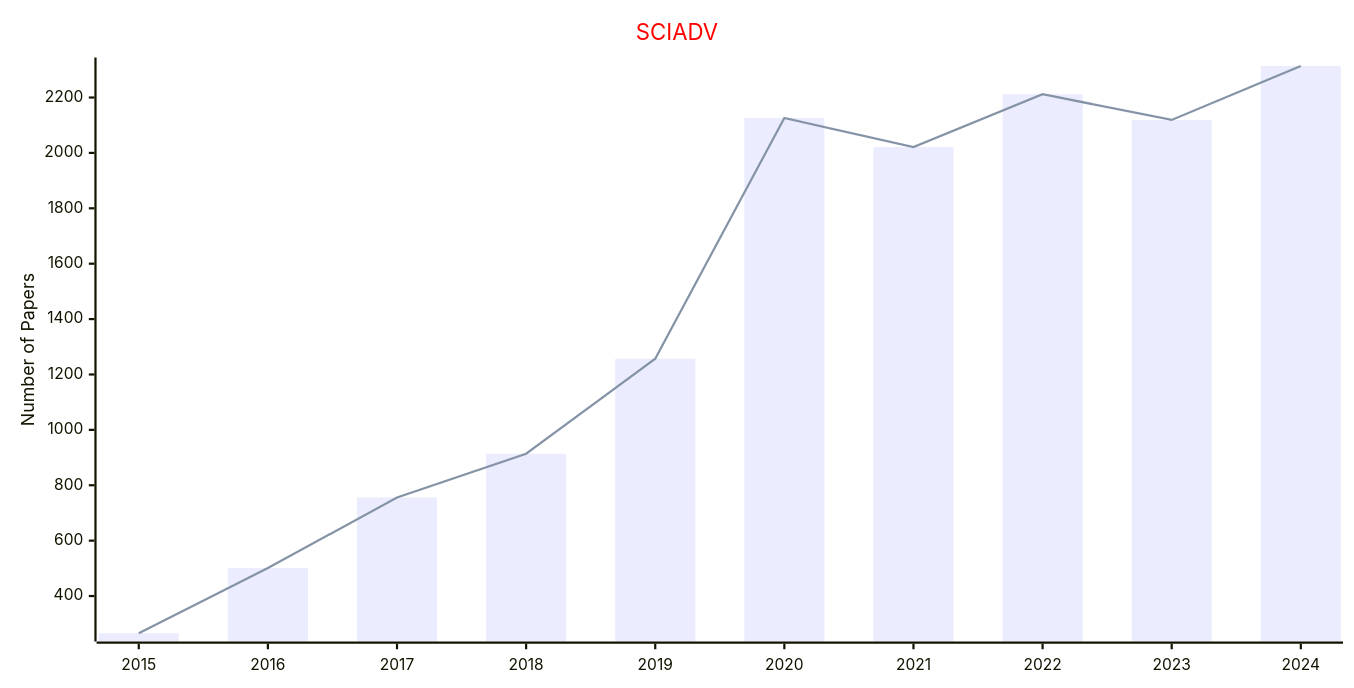
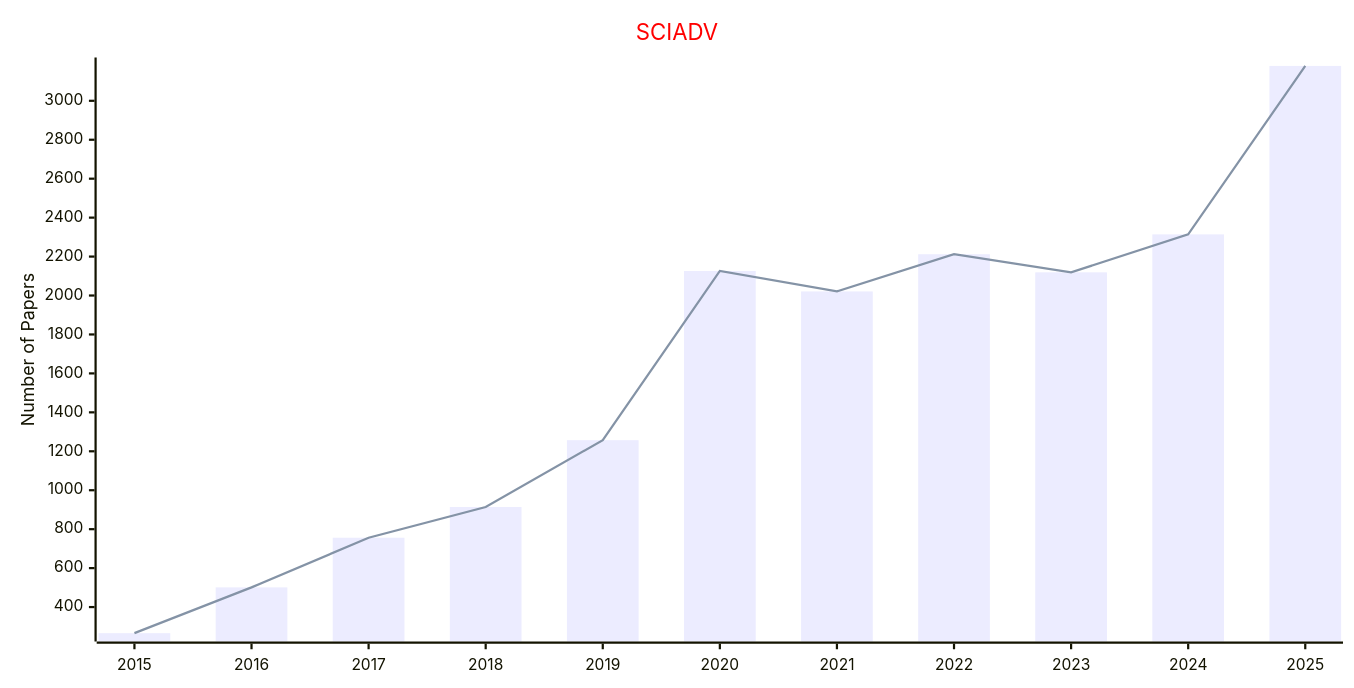
The first of 8 diagrams in docs/data/Journals/Statistics_Journals/Multidisciplinary.md (Easy-PhD/AILinks), drawn with Mermaid before and after one commit. The commit also changed other lines of this file and 93 other files, not shown here.

````diff
--- a/docs/data/Journals/Statistics_Journals/Multidisciplinary.md
+++ b/docs/data/Journals/Statistics_Journals/Multidisciplinary.md
@@ -9,17 +9,17 @@
 ```mermaid
 ---
 config:
     xyChart:
         width: 1200
         height: 600
     themeVariables:
         xyChart:
             titleColor: "#ff0000"
 ---
 xychart-beta
     title "SCIADV"
-    x-axis [2015, 2016, 2017, 2018, 2019, 2020, 2021, 2022, 2023, 2024]
+    x-axis [2015, 2016, 2017, 2018, 2019, 2020, 2021, 2022, 2023, 2024, 2025]
     y-axis "Number of Papers"
-    bar [266, 501, 756, 914, 1257, 2126, 2021, 2212, 2119, 2314]
-    line [266, 501, 756, 914, 1257, 2126, 2021, 2212, 2119, 2314]
+    bar [266, 501, 756, 914, 1257, 2126, 2021, 2212, 2119, 2314, 3179]
+    line [266, 501, 756, 914, 1257, 2126, 2021, 2212, 2119, 2314, 3179]
 ```
````
